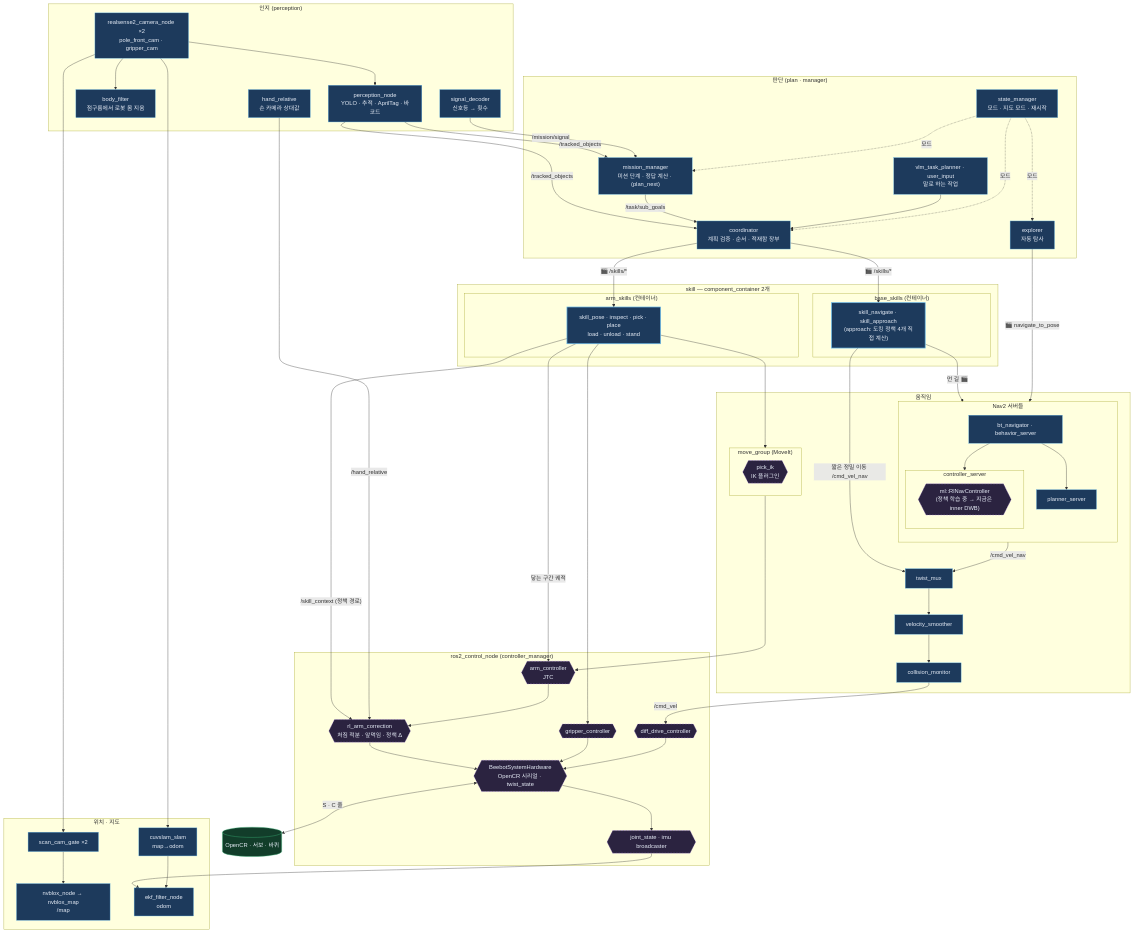
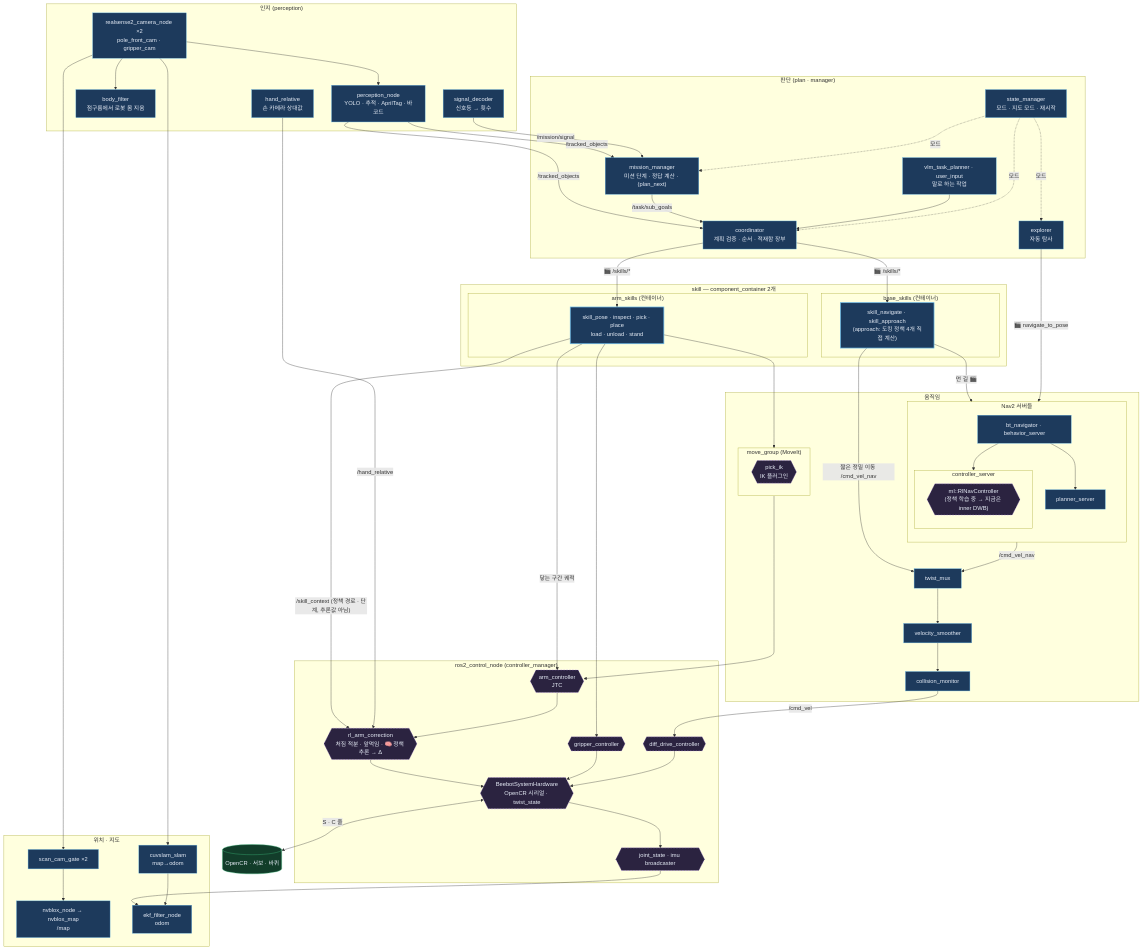
The diagram in bee/system-now.md (JuneKunst/JuneKunst.github.io), drawn with Mermaid before and after one commit. The commit also changed other lines of this file and 8 other files, not shown here.

Commit message:
bee: 전체 — 팔 skill은 정책 경로만, 추론은 rl_arm_correction · PR #97 ONNX 기본 · models/ 경로 · #95

```diff
--- a/bee/system-now.md
+++ b/bee/system-now.md
@@ -62,7 +62,7 @@
   end
   subgraph R2C["ros2_control_node (controller_manager)"]
     JTC{{"arm_controller<br/>JTC"}}:::plugin
-    RAC{{"rl_arm_correction<br/>처짐 적분 · 앞먹임 · 정책 Δ"}}:::plugin
+    RAC{{"rl_arm_correction<br/>처짐 적분 · 앞먹임 · 🧠 정책 추론 → Δ"}}:::plugin
     GC{{"gripper_controller"}}:::plugin
     DD{{"diff_drive_controller"}}:::plugin
     JSB{{"joint_state · imu broadcaster"}}:::plugin
@@ -86,7 +86,7 @@
   ASK --> MG
   ASK -->|"닿는 구간 궤적"| JTC
   MG --> JTC
-  ASK -->|"/skill_context (정책 경로)"| RAC
+  ASK -->|"/skill_context (정책 경로 · 단계, 추론값 아님)"| RAC
   HR -->|"/hand_relative"| RAC
   JTC --> RAC --> HW
   ASK --> GC --> HW
```
